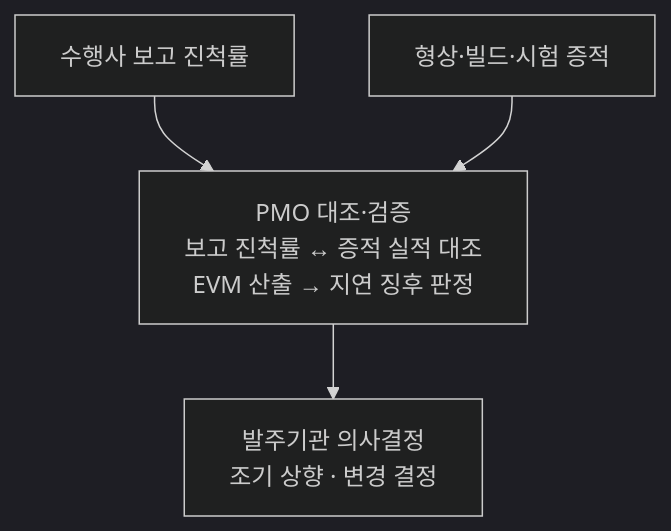
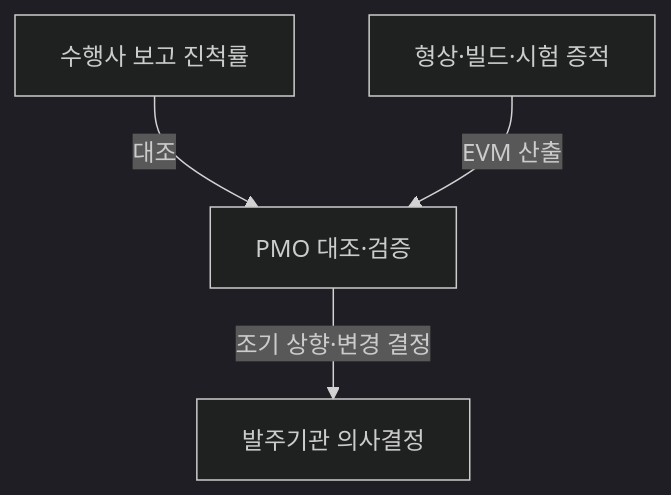
One commit to agnusdei1207/study changed the third of 4 diagrams in src/content/docs/notes/itpe/01-it-strategy/004_pmo.md. Above: the diagram before and after it, drawn with Mermaid (dark theme). The commit also changed other lines of this file and 19 other files, not shown here.

````diff
--- a/src/content/docs/notes/itpe/01-it-strategy/004_pmo.md
+++ b/src/content/docs/notes/itpe/01-it-strategy/004_pmo.md
@@ -134,6 +122,6 @@
 ```mermaid
 flowchart TD
-    A["수행사 보고 진척률"] --> MERGE["PMO 대조·검증<br/>보고 진척률 ↔ 증적 실적 대조<br/>EVM 산출 → 지연 징후 판정"]
-    B["형상·빌드·시험 증적"] --> MERGE
-    MERGE --> DECIDE["발주기관 의사결정<br/>조기 상향 · 변경 결정"]
+    A["수행사 보고 진척률"] -->|대조| MERGE["PMO 대조·검증"]
+    B["형상·빌드·시험 증적"] -->|EVM 산출| MERGE
+    MERGE -->|조기 상향·변경 결정| DECIDE["발주기관 의사결정"]
 ```
````
